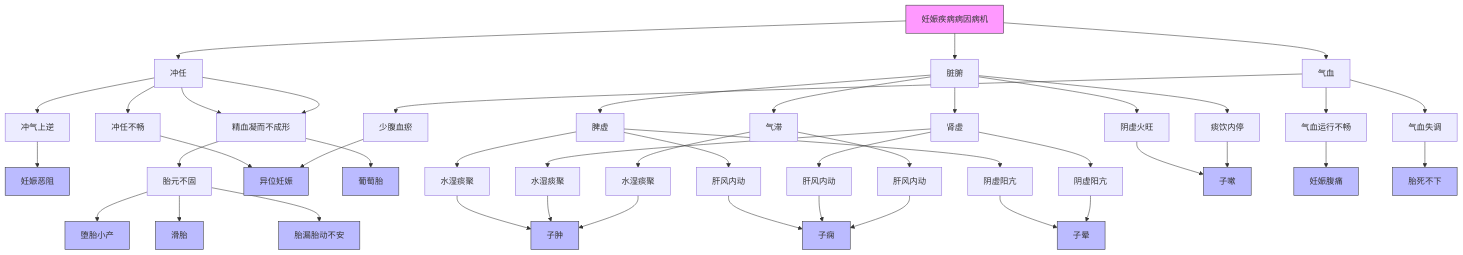
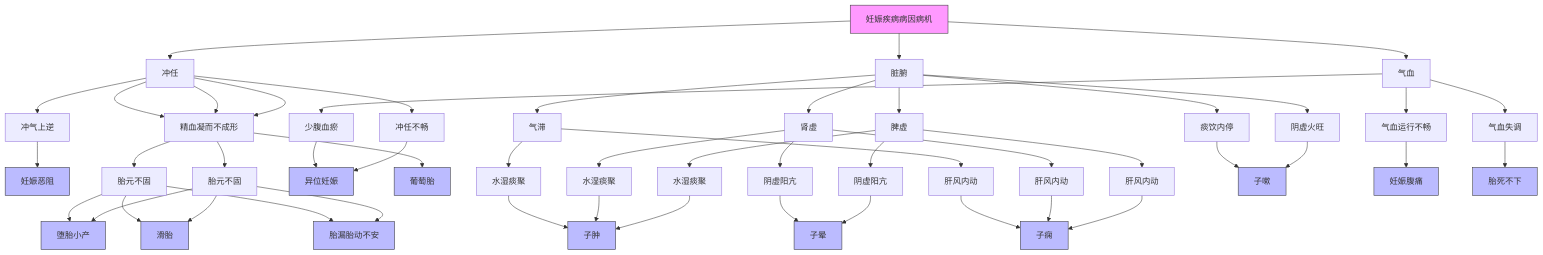
One commit to lili23755/iodraw-files changed the diagram in all/未命名.md. Above: the diagram before and after it, drawn with Mermaid.

Commit message:
2025-04-04 10:57:05 update

````diff
--- a/all/未命名.md
+++ b/all/未命名.md
@@ -1,42 +1,42 @@
 ```mermaid
 flowchart TD
     A[妊娠疾病病因病机] --> B[冲任]
     A --> C[脏腑]
     A --> D[气血]
     
     B --> B1[冲气上逆] --> 妊娠恶阻
     B --> B2[冲任损伤] --> B2a[胎元不固] --> 堕胎小产 & 滑胎 & 胎漏胎动不安
-    
+    B --> B2[冲任损伤] --> B2b[胎元不固] --> 堕胎小产 & 滑胎 & 胎漏胎动不安
     B --> B3[冲任不畅] --> 异位妊娠
     B --> B2[精血凝而不成形] --> 葡萄胎
     
     C --> C1[脾虚] --> C1a[水湿痰聚] --> 子肿
     C1 --> C1b[肝风内动] --> 子痫
     C1 --> C1c[阴虚阳亢] --> 子晕
     C --> C2[肾虚] --> C2a[水湿痰聚] --> 子肿
     C2 --> C2b[肝风内动] --> 子痫
     C2 --> C2c[阴虚阳亢] --> 子晕
     C --> C3[气滞] --> C3a[水湿痰聚] --> 子肿
     C3 --> C3b[肝风内动] --> 子痫
     C --> C4[阴虚火旺] --> 子嗽
     C --> C5[痰饮内停] --> 子嗽
     
     D --> D1[气血运行不畅] --> 妊娠腹痛
     D --> D2[气血失调] --> 胎死不下
     D --> D3[少腹血瘀] --> 异位妊娠
 
     style A fill:#f9f,stroke:#333
     style 妊娠恶阻 fill:#bbf,stroke:#333
     style 堕胎小产 fill:#bbf,stroke:#333
     style 滑胎 fill:#bbf,stroke:#333
     style 异位妊娠 fill:#bbf,stroke:#333
     style 子肿 fill:#bbf,stroke:#333
     style 子痫 fill:#bbf,stroke:#333
     style 胎漏胎动不安 fill:#bbf,stroke:#333
     style 胎死不下 fill:#bbf,stroke:#333
     style 妊娠腹痛 fill:#bbf,stroke:#333
     style 葡萄胎 fill:#bbf,stroke:#333
     style 子晕 fill:#bbf,stroke:#333
     style 子嗽 fill:#bbf,stroke:#333
 	  
 ```
````
